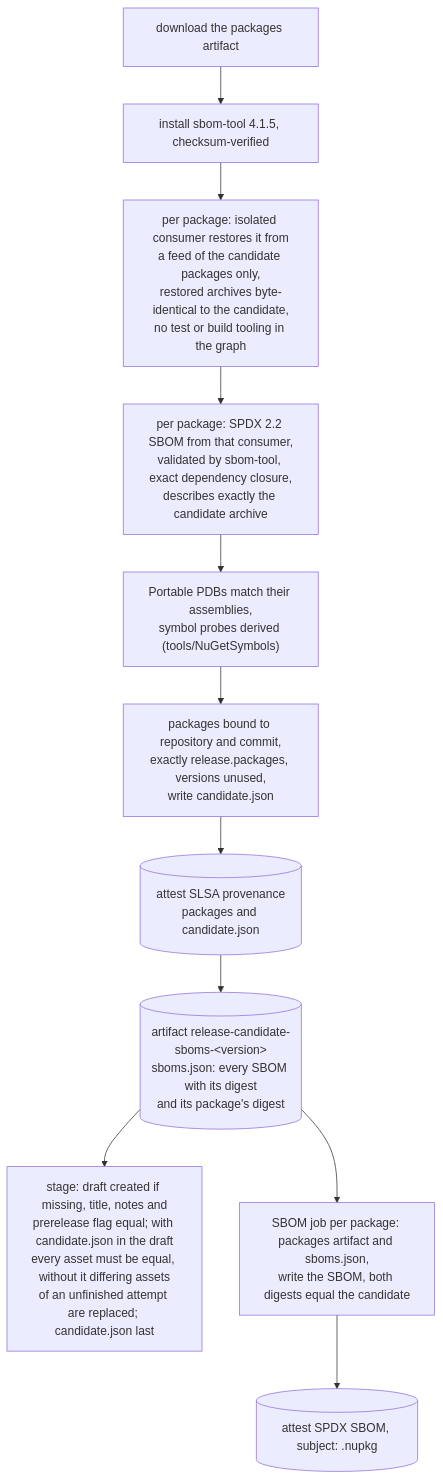
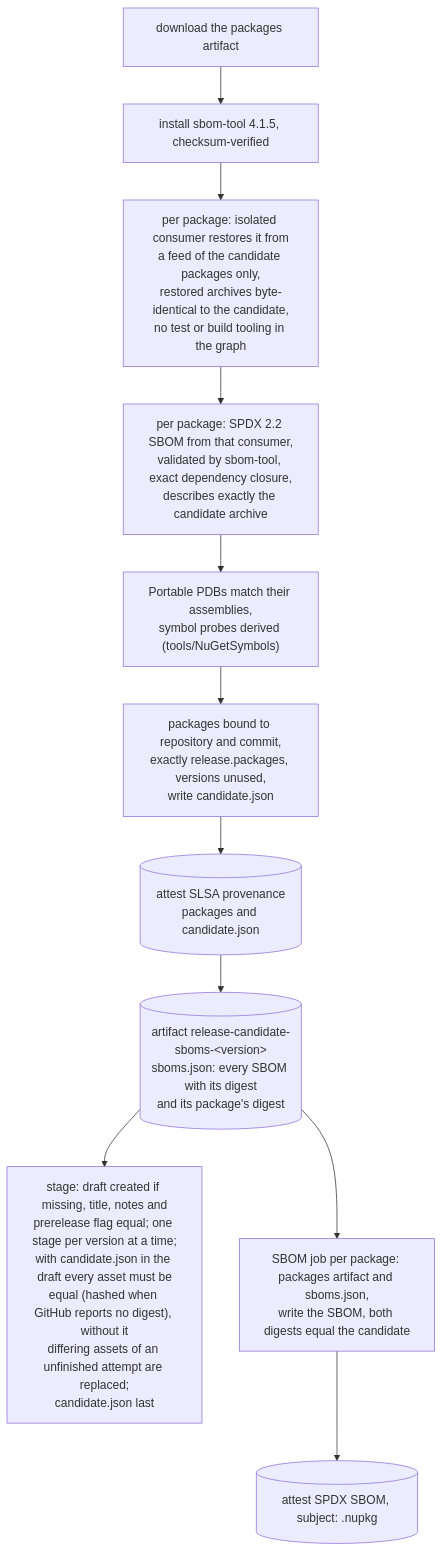
One commit to doka-labs/workflows changed diagram 12 of 19 in docs/overview.md. Above: the diagram before and after it, drawn with Mermaid. The commit also changed other lines of this file and 21 other files, not shown here.

````diff
--- a/docs/overview.md
+++ b/docs/overview.md
@@ -300,12 +300,12 @@
 ```mermaid
 flowchart TB
   c1["download the packages artifact"] --> c2["install sbom-tool 4.1.5, checksum-verified"]
   c2 --> c3["per package: isolated consumer restores it from<br/>a feed of the candidate packages only,<br/>restored archives byte-identical to the candidate,<br/>no test or build tooling in the graph"]
   c3 --> c4["per package: SPDX 2.2 SBOM from that consumer,<br/>validated by sbom-tool, exact dependency closure,<br/>describes exactly the candidate archive"]
   c4 --> c5["Portable PDBs match their assemblies,<br/>symbol probes derived (tools/NuGetSymbols)"]
   c5 --> c6["packages bound to repository and commit,<br/>exactly release.packages, versions unused,<br/>write candidate.json"]
   c6 --> c7[("attest SLSA provenance<br/>packages and candidate.json")]
   c7 --> c8[("artifact release-candidate-sboms-&lt;version&gt;<br/>sboms.json: every SBOM with its digest<br/>and its package's digest")]
-  c8 --> c9["stage: draft created if missing, title, notes and<br/>prerelease flag equal; with candidate.json in the draft<br/>every asset must be equal, without it differing assets<br/>of an unfinished attempt are replaced; candidate.json last"]
+  c8 --> c9["stage: draft created if missing, title, notes and<br/>prerelease flag equal; one stage per version at a time;<br/>with candidate.json in the draft every asset must be<br/>equal (hashed when GitHub reports no digest), without it<br/>differing assets of an unfinished attempt are replaced;<br/>candidate.json last"]
   c8 --> s1["SBOM job per package: packages artifact and sboms.json,<br/>write the SBOM, both digests equal the candidate"] --> s2[("attest SPDX SBOM, subject: .nupkg")]
 ```
````
